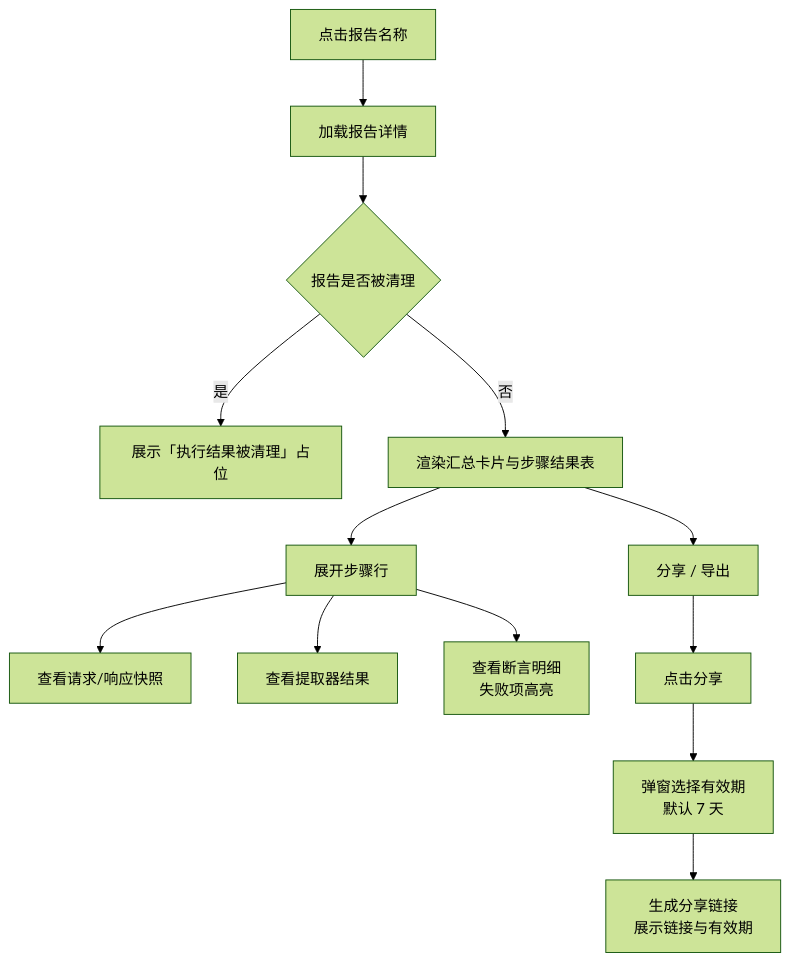
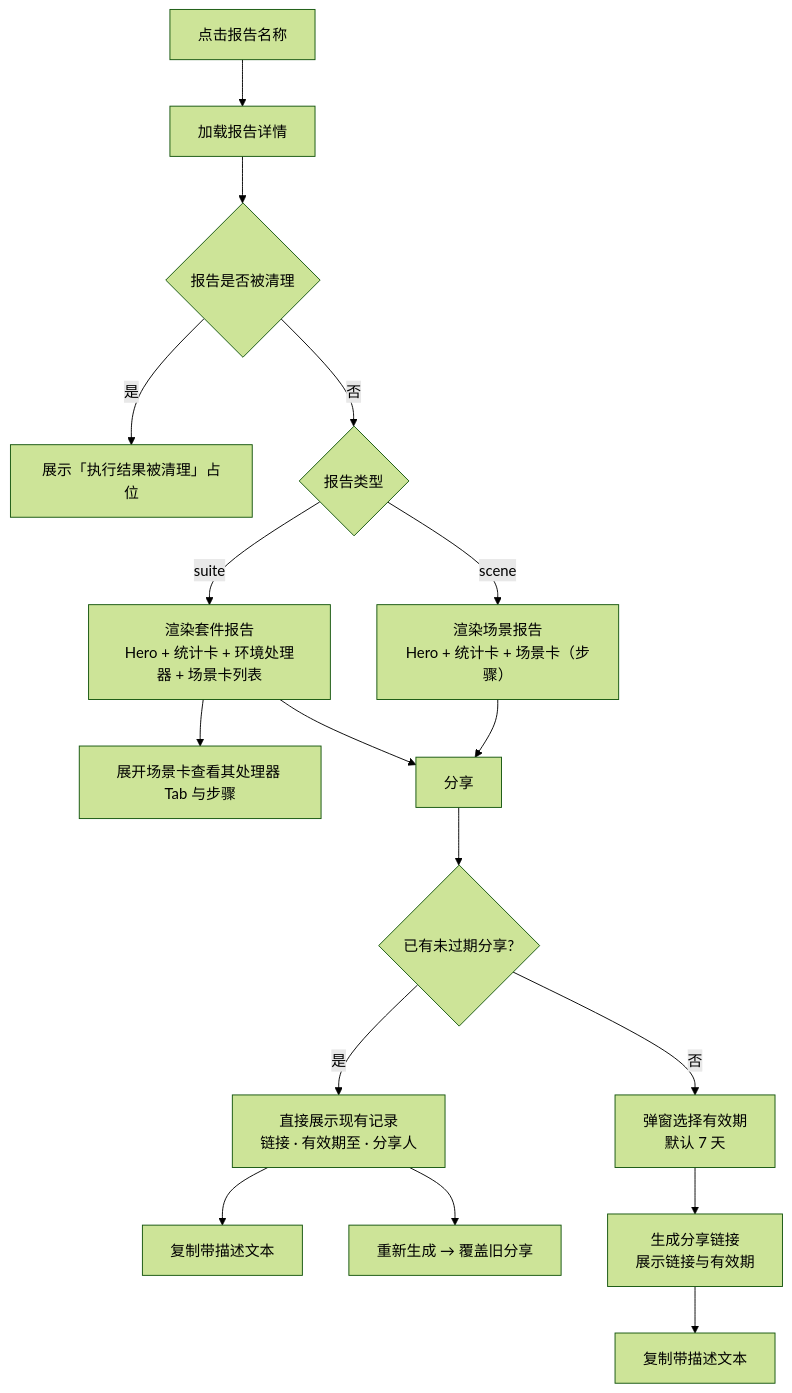
Before and after one commit to XiaoMiSum/robotest: the diagram in docs/交互设计/测试报告交互设计.md, drawn with Mermaid (forest theme). The commit also changed other lines of this file and 21 other files, not shown here.

````diff
--- a/docs/交互设计/测试报告交互设计.md
+++ b/docs/交互设计/测试报告交互设计.md
@@ -133,15 +156,19 @@
 ```mermaid
 flowchart TD
     A[点击报告名称] --> B[加载报告详情]
     B --> C{报告是否被清理}
     C -->|是| D[展示「执行结果被清理」占位]
-    C -->|否| E[渲染汇总卡片与步骤结果表]
-    E --> F[展开步骤行]
-    F --> G[查看请求/响应快照]
-    F --> H[查看提取器结果]
-    F --> I[查看断言明细<br/>失败项高亮]
-    E --> J[分享 / 导出]
-    J --> K[点击分享]
-    K --> L[弹窗选择有效期<br/>默认 7 天]
-    L --> M[生成分享链接<br/>展示链接与有效期]
+    C -->|否| E{报告类型}
+    E -->|scene| F1[渲染场景报告<br/>Hero + 统计卡 + 场景卡（步骤）]
+    E -->|suite| F2[渲染套件报告<br/>Hero + 统计卡 + 环境处理器 + 场景卡列表]
+    F2 --> G2[展开场景卡查看其处理器 Tab 与步骤]
+    F1 --> H[分享]
+    F2 --> H
+    H --> I{已有未过期分享?}
+    I -->|是| M[直接展示现有记录<br/>链接 · 有效期至 · 分享人]
+    M --> M1[复制带描述文本]
+    M --> M2[重新生成 → 覆盖旧分享]
+    I -->|否| J[弹窗选择有效期<br/>默认 7 天]
+    J --> K[生成分享链接<br/>展示链接与有效期]
+    K --> K1[复制带描述文本]
 ```
````
